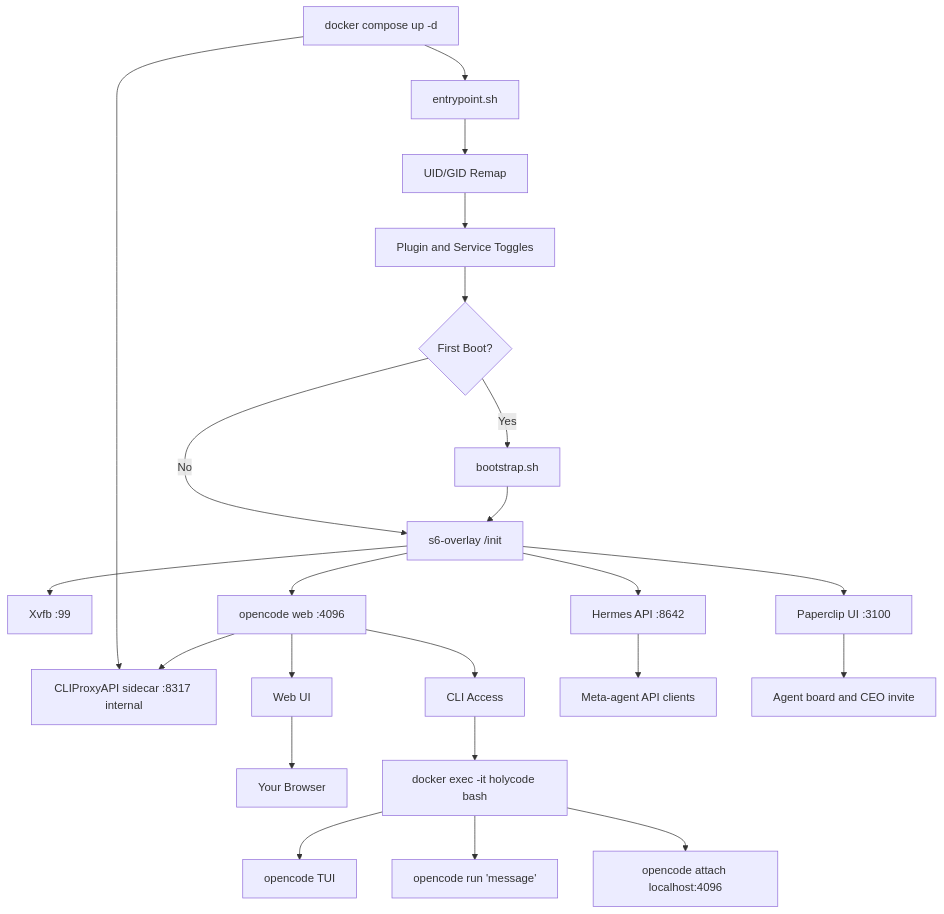
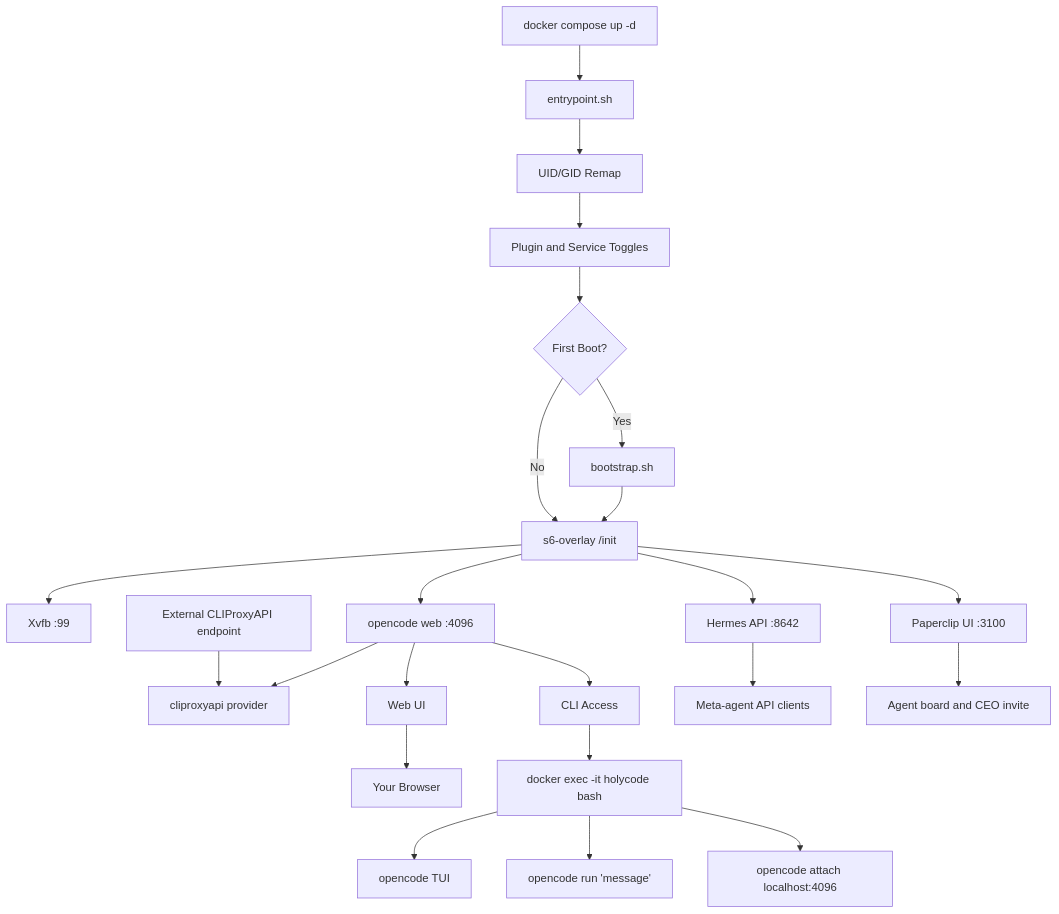
One commit to CoderLuii/HolyCode changed the diagram in README.md. Above: the diagram before and after it, drawn with Mermaid. The commit also changed other lines of this file and 30 other files, not shown here.

````diff
--- a/README.md
+++ b/README.md
@@ -679,25 +667,25 @@
 ```mermaid
 graph TD
     A[docker compose up -d] --> B[entrypoint.sh]
     B --> C[UID/GID Remap]
     C --> D[Plugin and Service Toggles]
     D --> E{First Boot?}
     E -->|Yes| F[bootstrap.sh]
     E -->|No| G[s6-overlay /init]
     F --> G
     G --> H[Xvfb :99]
     G --> I[opencode web :4096]
     G --> Q[Hermes API :8642]
     G --> R[Paperclip UI :3100]
-    A --> U[CLIProxyAPI sidecar :8317 internal]
+    V[External CLIProxyAPI endpoint] --> U[cliproxyapi provider]
     I --> J[Web UI]
     J --> K[Your Browser]
     I --> L[CLI Access]
     L --> M[docker exec -it holycode bash]
     M --> N[opencode TUI]
     M --> O[opencode run 'message']
     M --> P[opencode attach localhost:4096]
     Q --> S[Meta-agent API clients]
     R --> T[Agent board and CEO invite]
     I --> U
 ```
````
